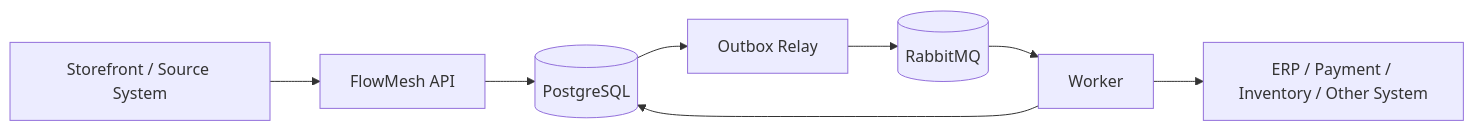
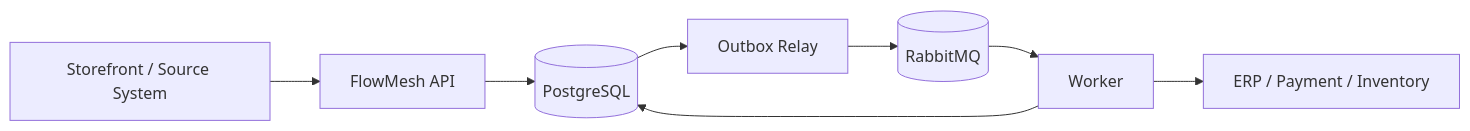
The first of 2 diagrams in README.md (Abdelrahman-Yaser/flowMesh), drawn with Mermaid before and after one commit. The commit also changed other lines of this file, not shown here.

````diff
--- a/README.md
+++ b/README.md
@@ -34,10 +62,10 @@
 ```mermaid
 flowchart LR
     A[Storefront / Source System] --> B[FlowMesh API]
     B --> C[(PostgreSQL)]
     C --> D[Outbox Relay]
     D --> E[(RabbitMQ)]
     E --> F[Worker]
-    F --> G[ERP / Payment / Inventory / Other System]
+    F --> G[ERP / Payment / Inventory]
     F --> C
 ```
````
